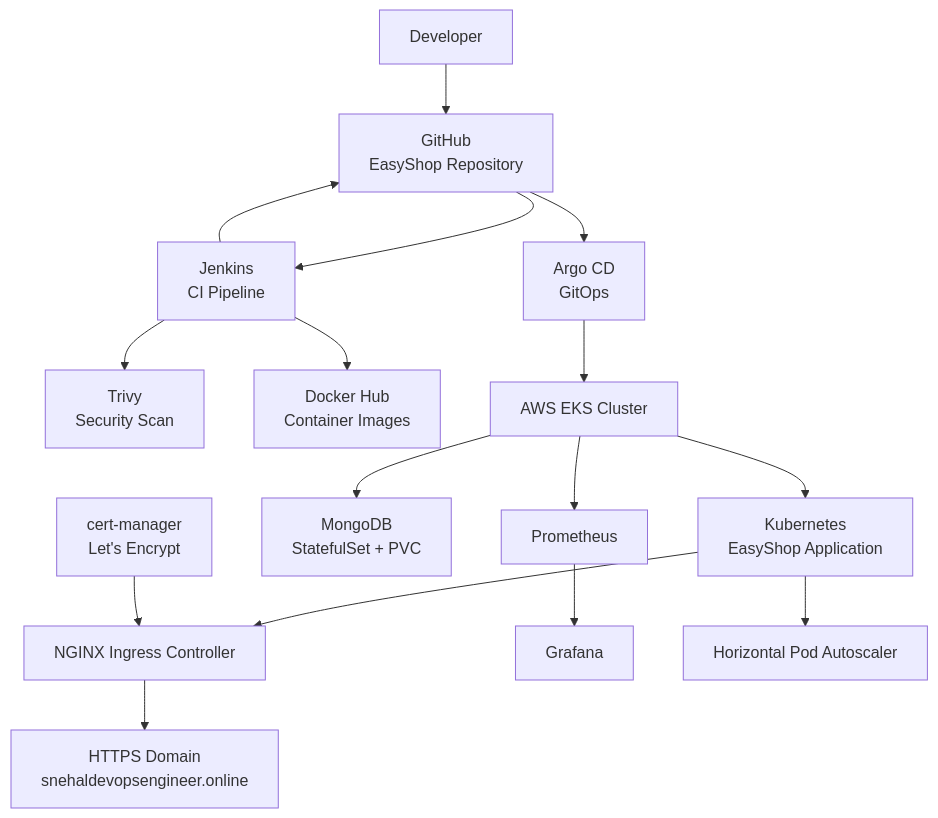
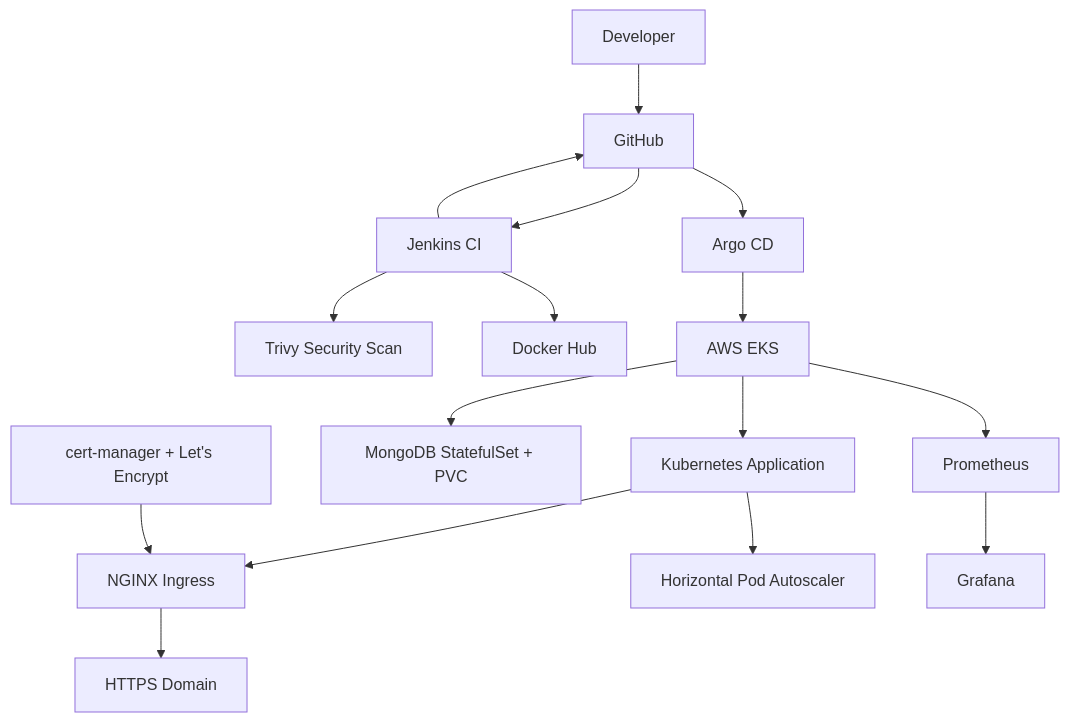
One commit to snehalpawar29/EasyShop changed the diagram in README.md. Above: the diagram before and after it, drawn with Mermaid. The commit also changed other lines of this file, not shown here.

`````diff
--- a/README.md
+++ b/README.md
@@ -67,56 +46,40 @@
 ```mermaid
 flowchart TB
 
     DEV[Developer]
-
-    GIT[GitHub<br/>EasyShop Repository]
-
-    JENKINS[Jenkins<br/>CI Pipeline]
-
-    TRIVY[Trivy<br/>Security Scan]
-
-    DOCKER[Docker Hub<br/>Container Images]
-
-    ARGO[Argo CD<br/>GitOps]
-
-    EKS[AWS EKS Cluster]
-
-    K8S[Kubernetes<br/>EasyShop Application]
-
-    MONGO[MongoDB<br/>StatefulSet + PVC]
-
-    NGINX[NGINX Ingress Controller]
-
-    CERT[cert-manager<br/>Let's Encrypt]
-
+    GIT[GitHub]
+    JENKINS[Jenkins CI]
+    TRIVY[Trivy Security Scan]
+    DOCKER[Docker Hub]
+    ARGO[Argo CD]
+    EKS[AWS EKS]
+    K8S[Kubernetes Application]
+    MONGO[MongoDB StatefulSet + PVC]
+    NGINX[NGINX Ingress]
+    CERT[cert-manager + Let's Encrypt]
+    HPA[Horizontal Pod Autoscaler]
     PROM[Prometheus]
-
     GRAF[Grafana]
-
-    HPA[Horizontal Pod Autoscaler]
-
-    DOMAIN[HTTPS Domain<br/>snehaldevopsengineer.online]
+    DOMAIN[HTTPS Domain]
 
     DEV --> GIT
     GIT --> JENKINS
-
     JENKINS --> TRIVY
     JENKINS --> DOCKER
     JENKINS --> GIT
 
     GIT --> ARGO
     ARGO --> EKS
 
     EKS --> K8S
     EKS --> MONGO
 
     K8S --> NGINX
     NGINX --> DOMAIN
-
     CERT --> NGINX
 
     K8S --> HPA
 
     EKS --> PROM
     PROM --> GRAF
-```
+````
`````
